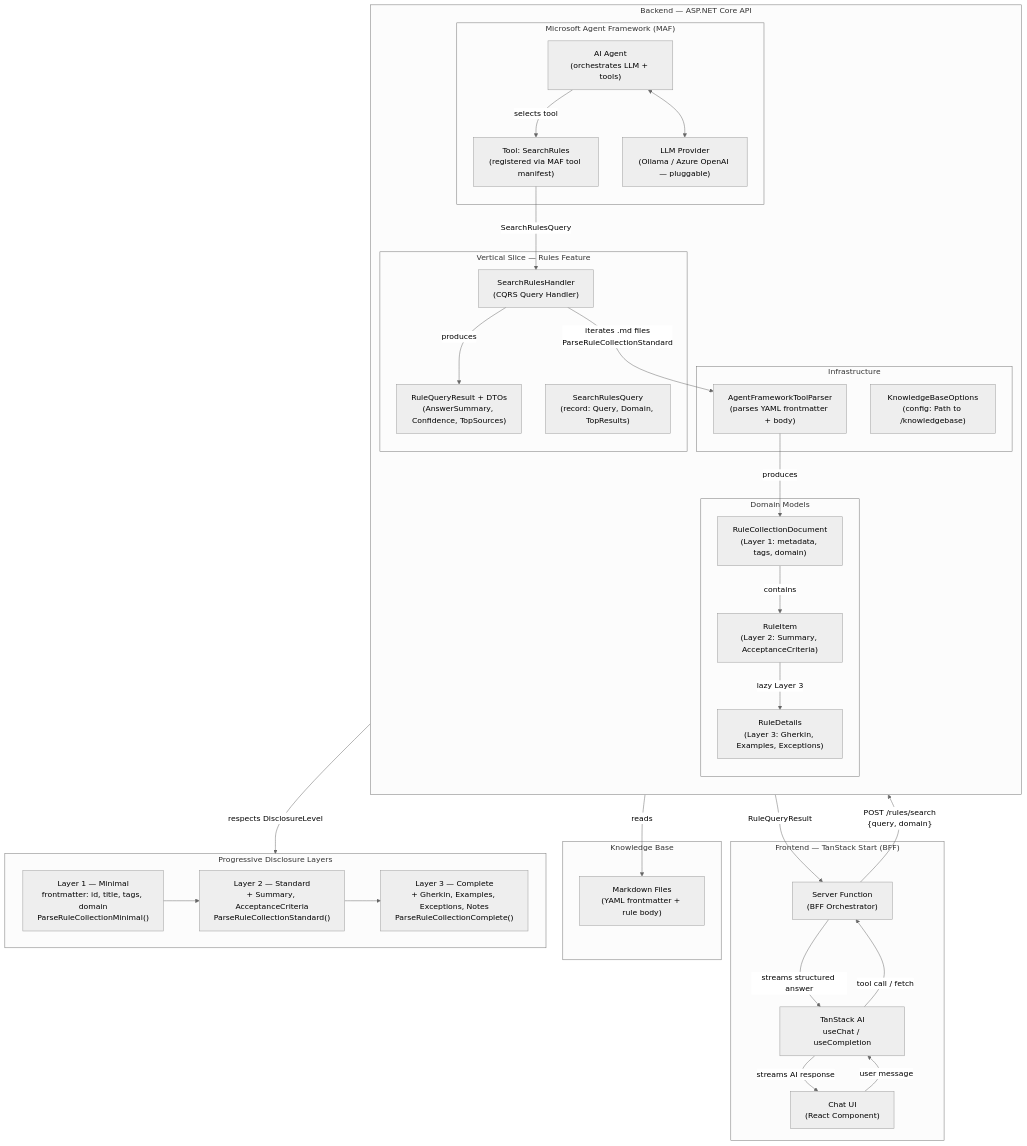
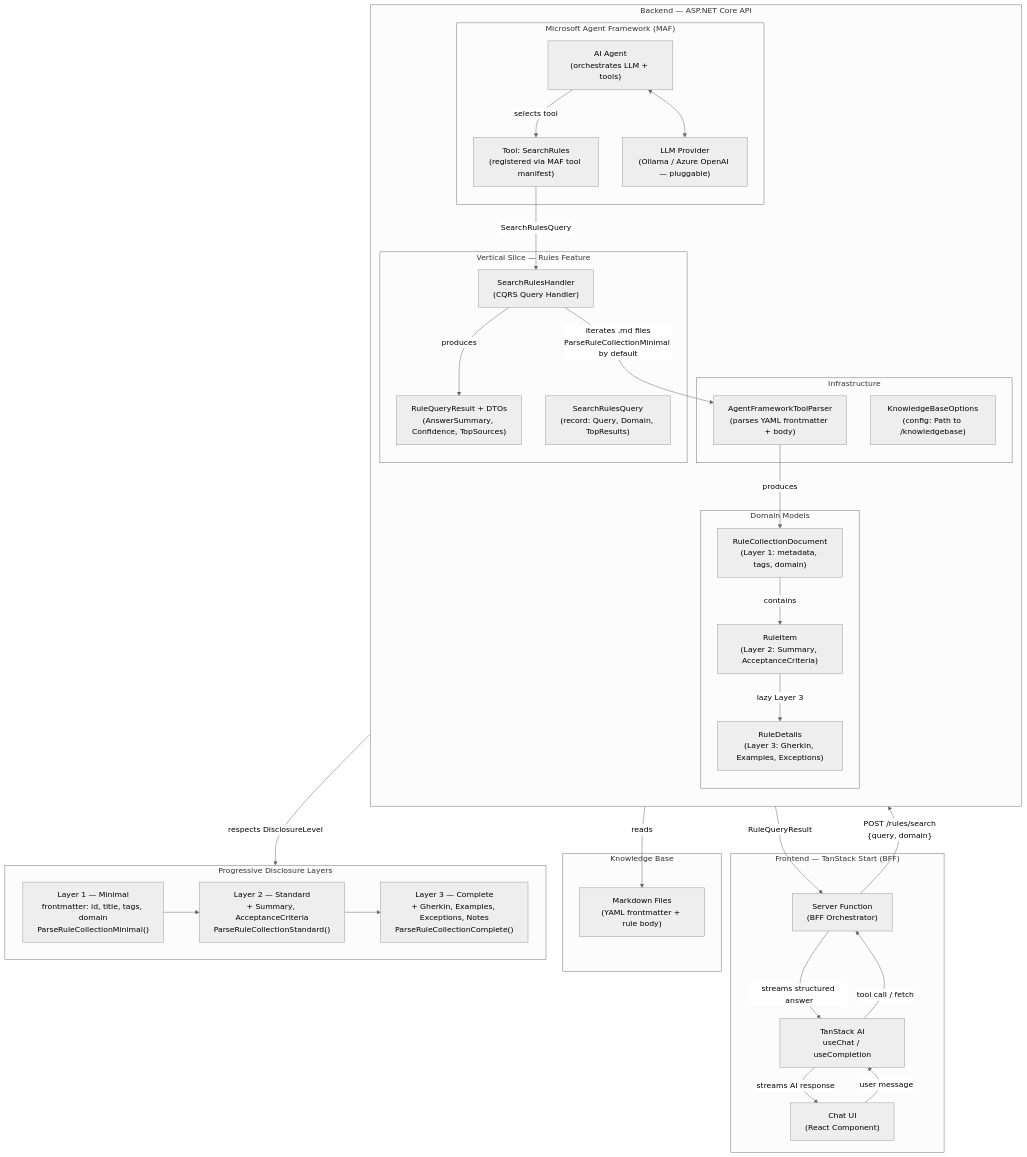
The diagram in ARCHITECTURE.md (karljucutan/ThisIsMem), drawn with Mermaid (neutral theme) before and after one commit. The commit also changed other lines of this file and 7 other files, not shown here.

Commit message:
default to layer 1 or minimal disclosure and some enhancements

````diff
--- a/ARCHITECTURE.md
+++ b/ARCHITECTURE.md
@@ -5,64 +5,64 @@
 ```mermaid
 flowchart TD
     subgraph FE["Frontend — TanStack Start (BFF)"]
         UI["Chat UI\n(React Component)"]
         SF["Server Function\n(BFF Orchestrator)"]
         TAI["TanStack AI\nuseChat / useCompletion"]
         UI -- "user message" --> TAI
         TAI -- "streams AI response" --> UI
         TAI -- "tool call / fetch" --> SF
     end
 
     subgraph BE["Backend — ASP.NET Core API"]
         direction TB
 
         subgraph MAF["Microsoft Agent Framework (MAF)"]
             AGENT["AI Agent\n(orchestrates LLM + tools)"]
             TOOL["Tool: SearchRules\n(registered via MAF tool manifest)"]
             LLM["LLM Provider\n(Ollama / Azure OpenAI — pluggable)"]
             AGENT -- "selects tool" --> TOOL
             AGENT <--> LLM
         end
 
         subgraph SLICE["Vertical Slice — Rules Feature"]
             SRH["SearchRulesHandler\n(CQRS Query Handler)"]
             SRQ["SearchRulesQuery\n(record: Query, Domain, TopResults)"]
             RQR["RuleQueryResult + DTOs\n(AnswerSummary, Confidence, TopSources)"]
         end
 
         subgraph INFRA["Infrastructure"]
             PARSER["AgentFrameworkToolParser\n(parses YAML frontmatter + body)"]
             KBOPT["KnowledgeBaseOptions\n(config: Path to /knowledgebase)"]
         end
 
         subgraph DOMAIN["Domain Models"]
             RCD["RuleCollectionDocument\n(Layer 1: metadata, tags, domain)"]
             RI["RuleItem\n(Layer 2: Summary, AcceptanceCriteria)"]
             RD["RuleDetails\n(Layer 3: Gherkin, Examples, Exceptions)"]
         end
     end
 
     subgraph KB["Knowledge Base"]
         MD["Markdown Files\n(YAML frontmatter + rule body)"]
     end
 
     SF -- "POST /rules/search\n{query, domain}" --> AGENT
     TOOL -- "SearchRulesQuery" --> SRH
-    SRH -- "iterates .md files\nParseRuleCollectionStandard" --> PARSER
+    SRH -- "iterates .md files\nParseRuleCollectionMinimal by default" --> PARSER
     PARSER -- "reads" --> MD
     PARSER -- "produces" --> RCD
     RCD -- "contains" --> RI
     RI -- "lazy Layer 3" --> RD
     SRH -- "produces" --> RQR
 
     subgraph PD["Progressive Disclosure Layers"]
         L1["Layer 1 — Minimal\nfrontmatter: id, title, tags, domain\nParseRuleCollectionMinimal()"]
         L2["Layer 2 — Standard\n+ Summary, AcceptanceCriteria\nParseRuleCollectionStandard()"]
         L3["Layer 3 — Complete\n+ Gherkin, Examples, Exceptions, Notes\nParseRuleCollectionComplete()"]
         L1 --> L2 --> L3
     end
 
     PARSER -- "respects DisclosureLevel" --> PD
     AGENT -- "RuleQueryResult" --> SF
     SF -- "streams structured answer" --> TAI
 ```
````
